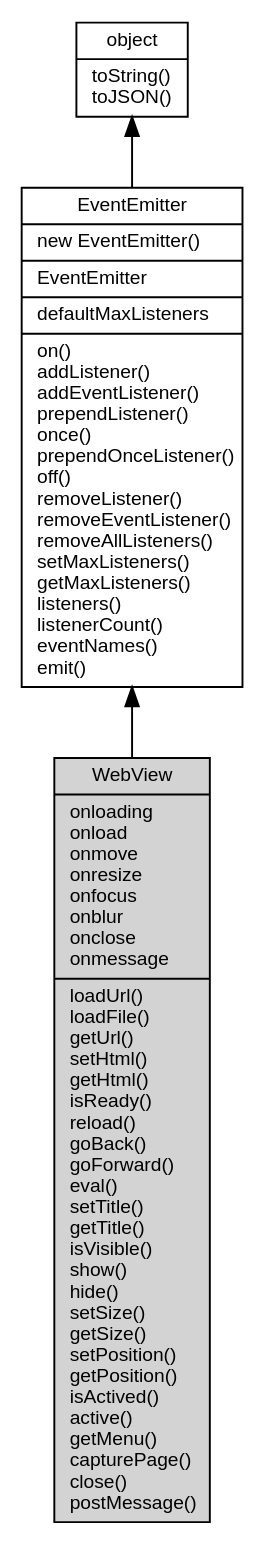
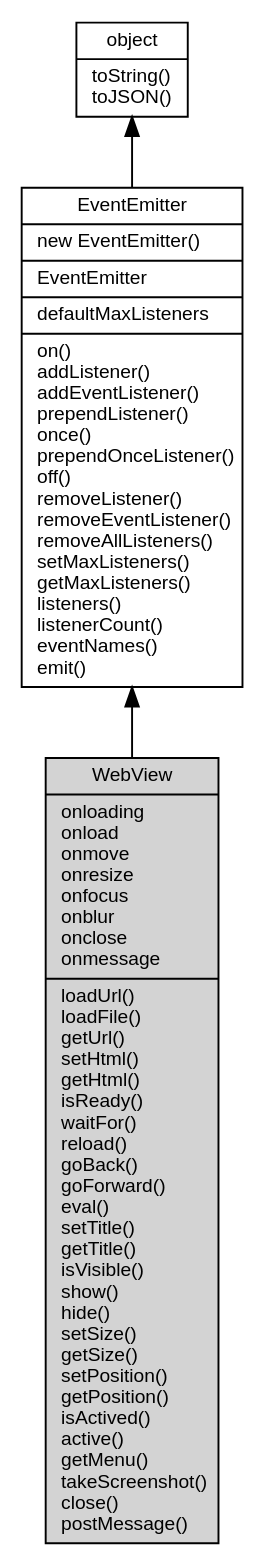
One commit to fibjs/fibjs.org changed the diagram in docs/manual/object/ifs/WebView.md. Above: the diagram before and after it, drawn with Graphviz. The commit also changed other lines of this file and 11 other files, not shown here.

````diff
--- a/docs/manual/object/ifs/WebView.md
+++ b/docs/manual/object/ifs/WebView.md
@@ -50,12 +85,12 @@
 ```dot
 digraph {
     node [fontname="Helvetica,sans-Serif", fontsize=10, shape="record", style="filled", fillcolor="white"];
 
     object [tooltip="object", URL="object.md", label="{object|toString()\ltoJSON()\l}"];
     EventEmitter [tooltip="EventEmitter", URL="EventEmitter.md", label="{EventEmitter|new EventEmitter()\l|EventEmitter\l|defaultMaxListeners\l|on()\laddListener()\laddEventListener()\lprependListener()\lonce()\lprependOnceListener()\loff()\lremoveListener()\lremoveEventListener()\lremoveAllListeners()\lsetMaxListeners()\lgetMaxListeners()\llisteners()\llistenerCount()\leventNames()\lemit()\l}"];
-    WebView [tooltip="WebView", fillcolor="lightgray", id="me", label="{WebView|onloading\lonload\lonmove\lonresize\lonfocus\lonblur\lonclose\lonmessage\l|loadUrl()\lloadFile()\lgetUrl()\lsetHtml()\lgetHtml()\lisReady()\lreload()\lgoBack()\lgoForward()\leval()\lsetTitle()\lgetTitle()\lisVisible()\lshow()\lhide()\lsetSize()\lgetSize()\lsetPosition()\lgetPosition()\lisActived()\lactive()\lgetMenu()\lcapturePage()\lclose()\lpostMessage()\l}"];
+    WebView [tooltip="WebView", fillcolor="lightgray", id="me", label="{WebView|onloading\lonload\lonmove\lonresize\lonfocus\lonblur\lonclose\lonmessage\l|loadUrl()\lloadFile()\lgetUrl()\lsetHtml()\lgetHtml()\lisReady()\lwaitFor()\lreload()\lgoBack()\lgoForward()\leval()\lsetTitle()\lgetTitle()\lisVisible()\lshow()\lhide()\lsetSize()\lgetSize()\lsetPosition()\lgetPosition()\lisActived()\lactive()\lgetMenu()\ltakeScreenshot()\lclose()\lpostMessage()\l}"];
 
     object -> EventEmitter [dir=back];
     EventEmitter -> WebView [dir=back];
 }
 ```
````
